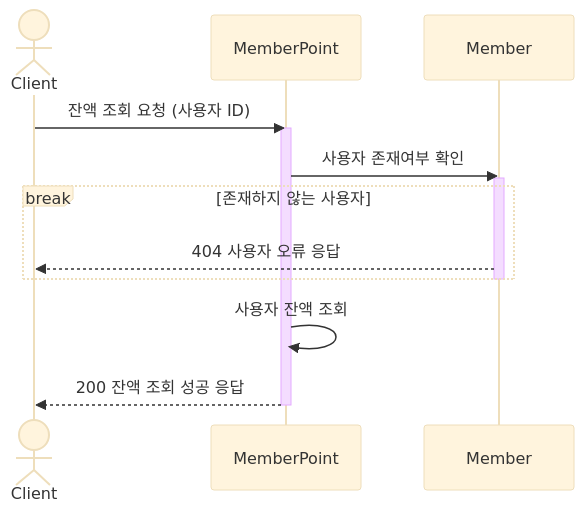
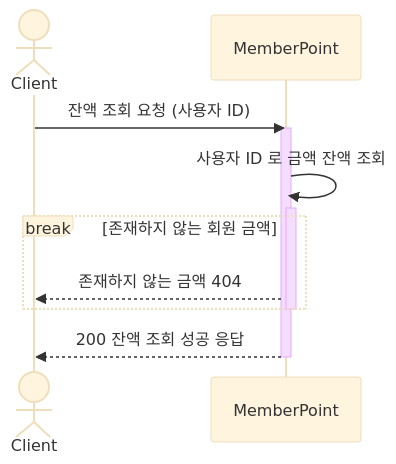
One commit to hjlee5701/e-commerce changed the diagram in docs/diagram/sequence/CheckBalanceSequence.md. Above: the diagram before and after it, drawn with Mermaid (base theme). The commit also changed 4 other files, not shown here.

````diff
--- a/docs/diagram/sequence/CheckBalanceSequence.md
+++ b/docs/diagram/sequence/CheckBalanceSequence.md
@@ -2,23 +2,20 @@
 ```mermaid
 sequenceDiagram
     actor Client
     participant MemberPoint
-    participant Member
 
     Client->>MemberPoint: 잔액 조회 요청 (사용자 ID)
     activate MemberPoint
-    MemberPoint->> Member: 사용자 존재여부 확인
-    activate Member
-    break 존재하지 않는 사용자
-        Member-->>Client: 404 사용자 오류 응답
+    MemberPoint->> MemberPoint: 사용자 ID 로 금액 잔액 조회
+    activate MemberPoint
+    break 존재하지 않는 회원 금액
+        MemberPoint-->>Client: 존재하지 않는 금액 404
     end
-    deactivate Member
-
-    MemberPoint->>MemberPoint: 사용자 잔액 조회
+    deactivate MemberPoint
     MemberPoint-->>Client: 200 잔액 조회 성공 응답
 
 
     deactivate MemberPoint
 
 
 ```
````
